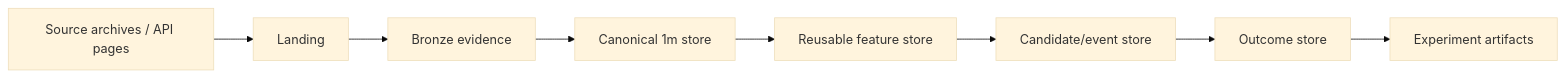
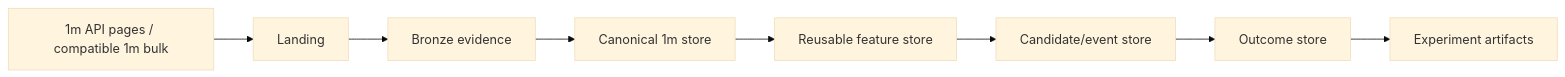
One commit to brullik/brullik-bybit-grid-bot-research changed the diagram in docs/05_DATA_PLATFORM.md. Above: the diagram before and after it, drawn with Mermaid (base theme). The commit also changed other lines of this file and 25 other files, not shown here.

````diff
--- a/docs/05_DATA_PLATFORM.md
+++ b/docs/05_DATA_PLATFORM.md
@@ -17,10 +20,10 @@
 ```mermaid
 flowchart LR
-    S[Source archives / API pages] --> L[Landing]
+    S[1m API pages / compatible 1m bulk] --> L[Landing]
     L --> B[Bronze evidence]
     B --> C[Canonical 1m store]
     C --> F[Reusable feature store]
     F --> E[Candidate/event store]
     E --> O[Outcome store]
     O --> X[Experiment artifacts]
 ```
````
